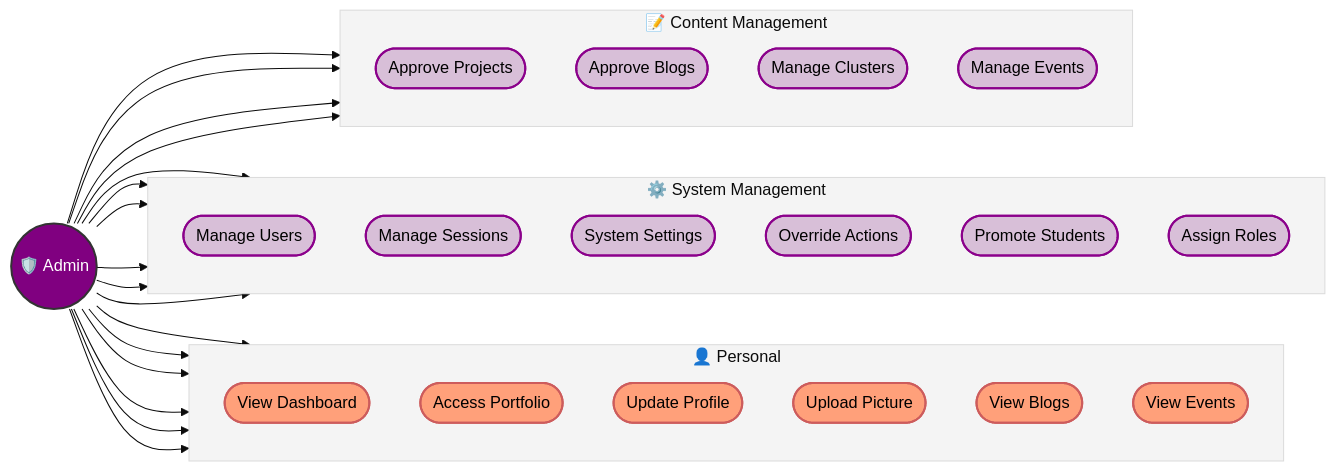
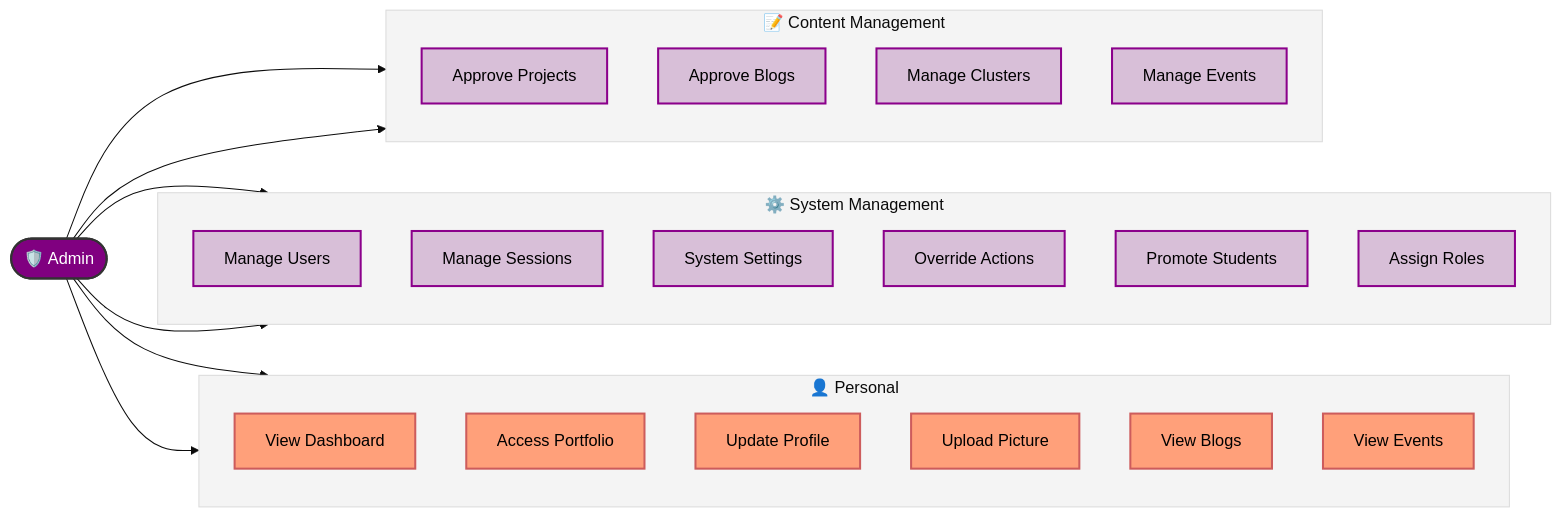
Before and after one commit to Abdulhalim7177/fyb.swebuk: the diagram in app/dashboard/admin/README.md, drawn with Mermaid. The commit also changed 4 other files, not shown here.

Commit message:
Update role-based READMEs with horizontal diagrams, oval actors, and square use cases.

````diff
--- a/app/dashboard/admin/README.md
+++ b/app/dashboard/admin/README.md
@@ -8,58 +8,50 @@
 ```mermaid
 %%{init: {'theme': 'base', 'themeVariables': { 'primaryColor': '#FF6347', 'edgeLabelBackground':'#ffffff', 'tertiaryColor': '#f4f4f4'}}}%%
 graph LR
     %% Styles
     classDef actor fill:#800080,stroke:#333,stroke-width:2px,color:white,font-size:16px;
-    classDef usecase fill:#FFA07A,stroke:#CD5C5C,stroke-width:2px,color:black,rx:10,ry:10;
-    classDef sys fill:#D8BFD8,stroke:#8B008B,stroke-width:2px,color:black,rx:10,ry:10;
+    classDef usecase fill:#FFA07A,stroke:#CD5C5C,stroke-width:2px,color:black,shape:rect;
+    classDef sys fill:#D8BFD8,stroke:#8B008B,stroke-width:2px,color:black,shape:rect;
 
     %% Actor
-    Administrator(("🛡️ Admin")):::actor
+    Administrator([🛡️ Admin]):::actor
 
     %% Use Cases
     subgraph Personal ["👤 Personal"]
         direction TB
-        UC3(["View Dashboard"]):::usecase
-        UC13(["Access Portfolio"]):::usecase
-        UC14(["Update Profile"]):::usecase
-        UC15(["Upload Picture"]):::usecase
-        UC10(["View Blogs"]):::usecase
-        UC11(["View Events"]):::usecase
+        UC3[View Dashboard]:::usecase
+        UC13[Access Portfolio]:::usecase
+        UC14[Update Profile]:::usecase
+        UC15[Upload Picture]:::usecase
+        UC10[View Blogs]:::usecase
+        UC11[View Events]:::usecase
     end
 
     subgraph SystemMgmt ["⚙️ System Management"]
         direction TB
-        UC23(["Manage Users"]):::sys
-        UC24(["Manage Sessions"]):::sys
-        UC25(["System Settings"]):::sys
-        UC26(["Override Actions"]):::sys
-        UC27(["Promote Students"]):::sys
-        UC28(["Assign Roles"]):::sys
+        UC23[Manage Users]:::sys
+        UC24[Manage Sessions]:::sys
+        UC25[System Settings]:::sys
+        UC26[Override Actions]:::sys
+        UC27[Promote Students]:::sys
+        UC28[Assign Roles]:::sys
     end
 
     subgraph ContentMgmt ["📝 Content Management"]
         direction TB
-        UC18(["Approve Projects"]):::sys
-        UC19(["Approve Blogs"]):::sys
-        UC20(["Manage Clusters"]):::sys
-        UC21(["Manage Events"]):::sys
+        UC18[Approve Projects]:::sys
+        UC19[Approve Blogs]:::sys
+        UC20[Manage Clusters]:::sys
+        UC21[Manage Events]:::sys
     end
 
     %% Connections
+    Administrator --> Personal
+    Administrator --> SystemMgmt
+    Administrator --> ContentMgmt
+
+    %% Direct links
     Administrator --> UC3
-    Administrator --> UC10
-    Administrator --> UC11
-    Administrator --> UC13
-    Administrator --> UC14
-    Administrator --> UC15
+    Administrator --> UC23
     Administrator --> UC18
-    Administrator --> UC19
-    Administrator --> UC20
-    Administrator --> UC21
-    Administrator --> UC23
-    Administrator --> UC24
-    Administrator --> UC25
-    Administrator --> UC26
-    Administrator --> UC27
-    Administrator --> UC28
 ```
````
